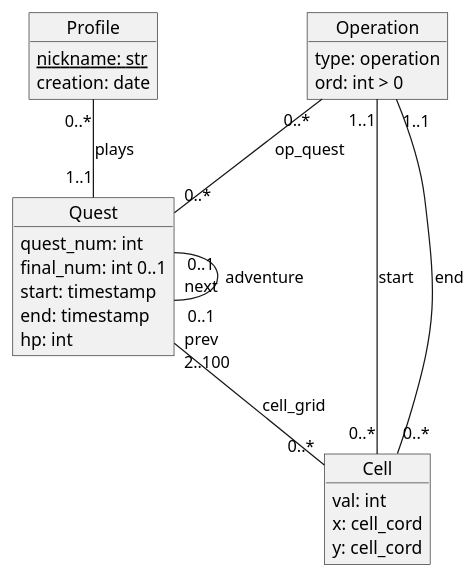
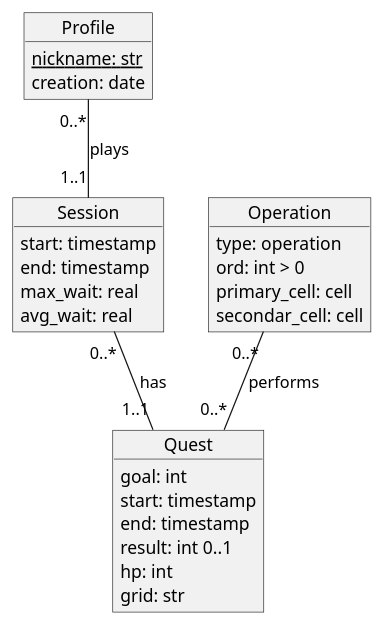
One commit to AntoninoRando/Grid-Quest changed the diagram in doc/Database Relational Schema/2. ER Diagram.wsd. Above: the diagram before and after it, drawn with PlantUML. The commit also changed 4 other files, not shown here.

Commit message:
feat: Add database schema and tables creation scripts

```diff
--- a/doc/Database Relational Schema/2. ER Diagram.wsd
+++ b/doc/Database Relational Schema/2. ER Diagram.wsd
@@ -1,40 +1,41 @@
 @startuml database-ER
 
 ' Entities
 
 object Profile {
     {static} nickname: str
     creation: date
 }
 
-object Quest {
-    quest_num: int
-    final_num: int 0..1
+object Session {
     start: timestamp
     end: timestamp
-    hp: int
+    max_wait: real
+    avg_wait: real
 }
 
-object Cell {
-    val: int
-    x: cell_cord
-    y: cell_cord
+object Quest {
+    goal: int
+    start: timestamp
+    end: timestamp
+    result: int 0..1
+    hp: int
+    grid: str
 }
 
 object Operation {
     type: operation
     ord: int > 0
+    primary_cell: cell
+    secondar_cell: cell
 }
 
 ' Relationship
 
-Profile "0..*" -- "1..1" Quest : plays
+Profile "0..*" -- "1..1" Session : plays
 
-Quest "0..1\nnext" -- "0..1\nprev" Quest : adventure
-Quest "2..100" -- "0..*" Cell : cell_grid
+Session "0..*" -- "1..1" Quest : has
 
-Operation "0..*" -- "0..*" Quest : op_quest
-Operation "1..1" -- "0..*" Cell : start
-Operation "1..1" -- "0..*" Cell : end
+Operation "0..*" -- "0..*" Quest : performs
 
 @enduml
```
